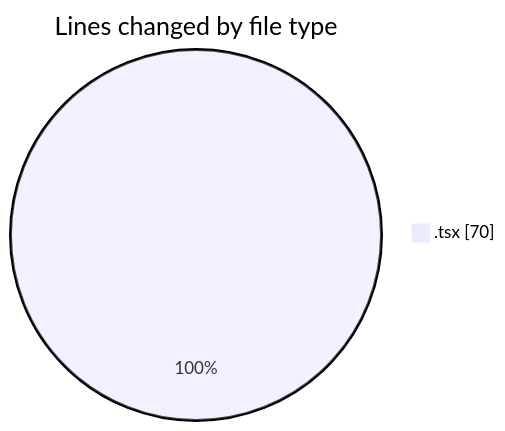
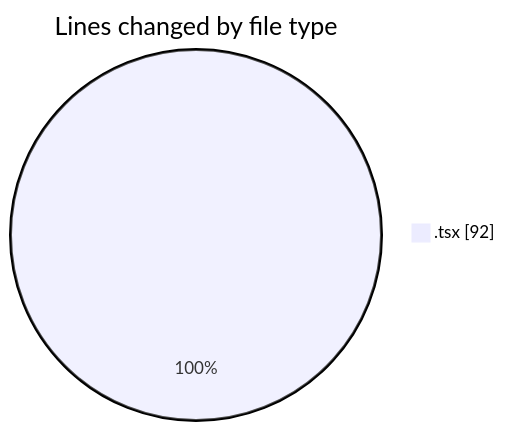
Before and after one commit to momahboobian/code-tracking: the first of 2 diagrams in 2025-03-19/cda/README.md, drawn with Mermaid. The commit also changed other lines of this file and 1 other file, not shown here.

````diff
--- a/2025-03-19/cda/README.md
+++ b/2025-03-19/cda/README.md
@@ -22,5 +22,5 @@
 ```mermaid
 pie showData
 title Lines changed by file type
-".tsx" : 70
+".tsx" : 92
 ```
````
